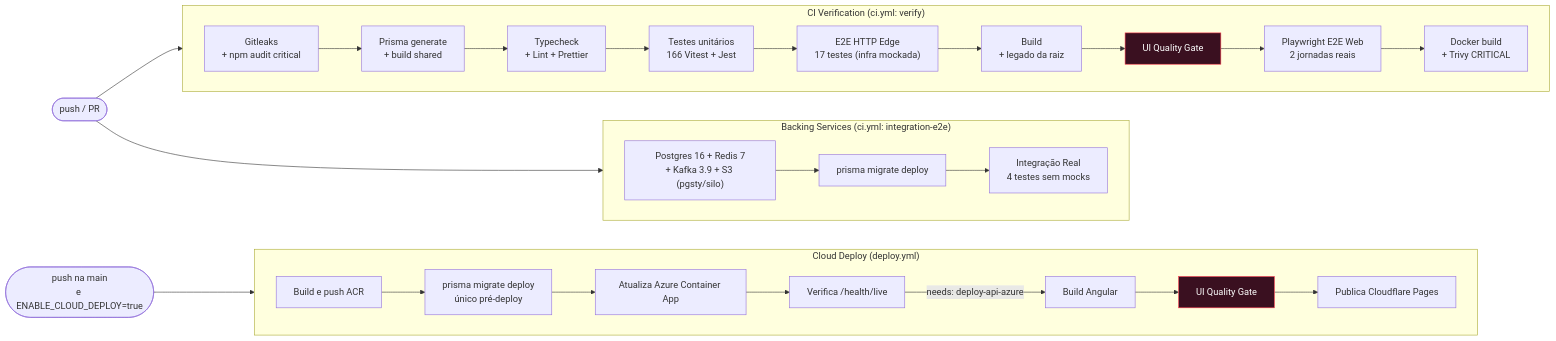
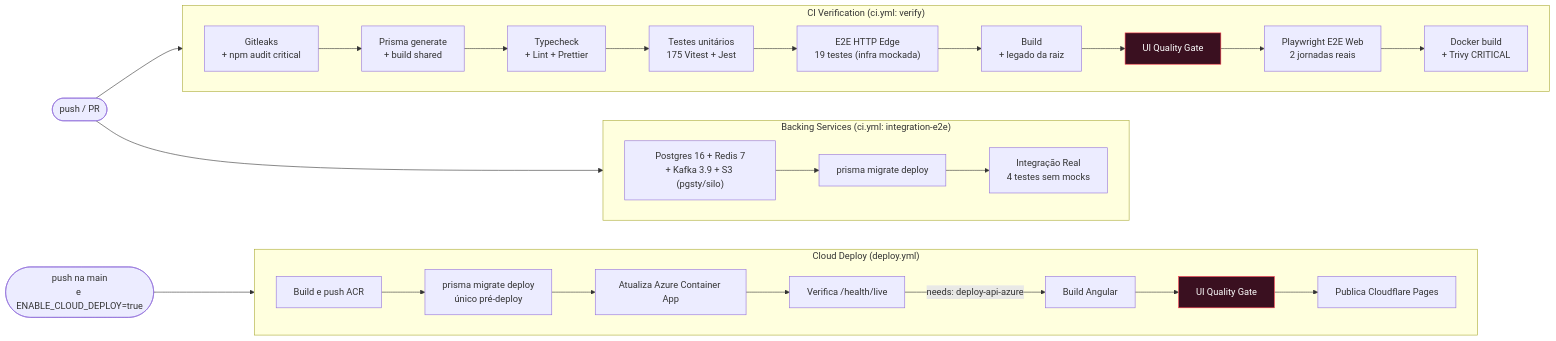
The eighth of 12 diagrams in README.md (Digooow/pokedex-frontend), drawn with Mermaid before and after one commit. The commit also changed other lines of this file and 24 other files, not shown here.

````diff
--- a/README.md
+++ b/README.md
@@ -476,32 +478,32 @@
 ```mermaid
 flowchart LR
   push(["push / PR"]) --> v
   push --> integ
 
   subgraph v["CI Verification (ci.yml: verify)"]
     direction LR
     s0["Gitleaks<br/>+ npm audit critical"] --> s1["Prisma generate<br/>+ build shared"] --> s2["Typecheck<br/>+ Lint + Prettier"]
-    s2 --> s4["Testes unitários<br/>166 Vitest + Jest"]
-    s4 --> s5["E2E HTTP Edge<br/>17 testes (infra mockada)"]
+    s2 --> s4["Testes unitários<br/>175 Vitest + Jest"]
+    s4 --> s5["E2E HTTP Edge<br/>19 testes (infra mockada)"]
     s5 --> s6["Build<br/>+ legado da raiz"]
     s6 --> s7["UI Quality Gate"]
     s7 --> s7b["Playwright E2E Web<br/>2 jornadas reais"]
     s7b --> s8["Docker build<br/>+ Trivy CRITICAL"]
   end
 
   subgraph integ["Backing Services (ci.yml: integration-e2e)"]
     direction LR
     i1["Postgres 16 + Redis 7<br/>+ Kafka 3.9 + S3 (pgsty/silo)"] --> i2["prisma migrate deploy"] --> i3["Integração Real<br/>4 testes sem mocks"]
   end
 
   push2(["push na main<br/>e ENABLE_CLOUD_DEPLOY=true"]) --> d
 
   subgraph d["Cloud Deploy (deploy.yml)"]
     direction LR
     a1["Build e push ACR"] --> a1b["prisma migrate deploy<br/>único pré-deploy"] --> a2["Atualiza Azure Container App"] --> a3["Verifica /health/live"]
     a3 -->|"needs: deploy-api-azure"| b1["Build Angular"] --> b2["UI Quality Gate"] --> b3["Publica Cloudflare Pages"]
   end
 
   classDef gate fill:#3a1020,stroke:#ff3b4e,color:#fff
   class s7,b2 gate
 ```
````
